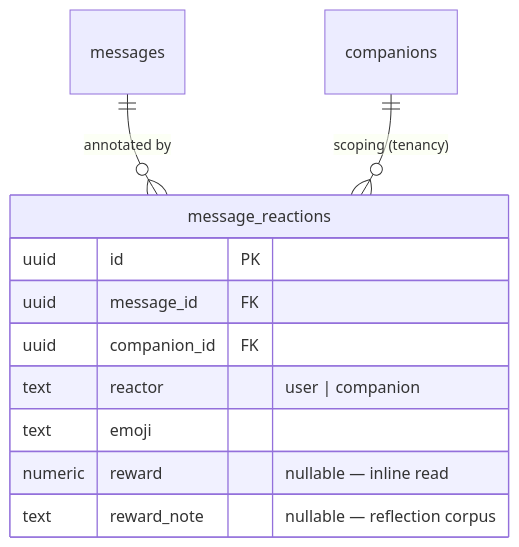
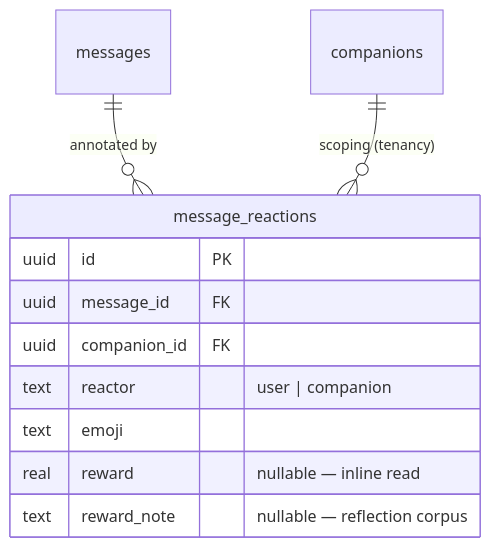
The fifth of 5 diagrams in docs/companion-reactions.md (CobbleStamp/CobbleCompanion), drawn with Mermaid before and after one commit. The commit also changed other lines of this file and 8 other files, not shown here.

````diff
--- a/docs/companion-reactions.md
+++ b/docs/companion-reactions.md
@@ -329,14 +332,14 @@
 ```mermaid
 erDiagram
     messages          ||--o{ message_reactions : "annotated by"
     companions        ||--o{ message_reactions : "scoping (tenancy)"
     message_reactions {
         uuid id PK
         uuid message_id FK
         uuid companion_id FK
         text reactor "user | companion"
         text emoji
-        numeric reward "nullable — inline read"
+        real reward "nullable — inline read"
         text reward_note "nullable — reflection corpus"
     }
 ```
````
